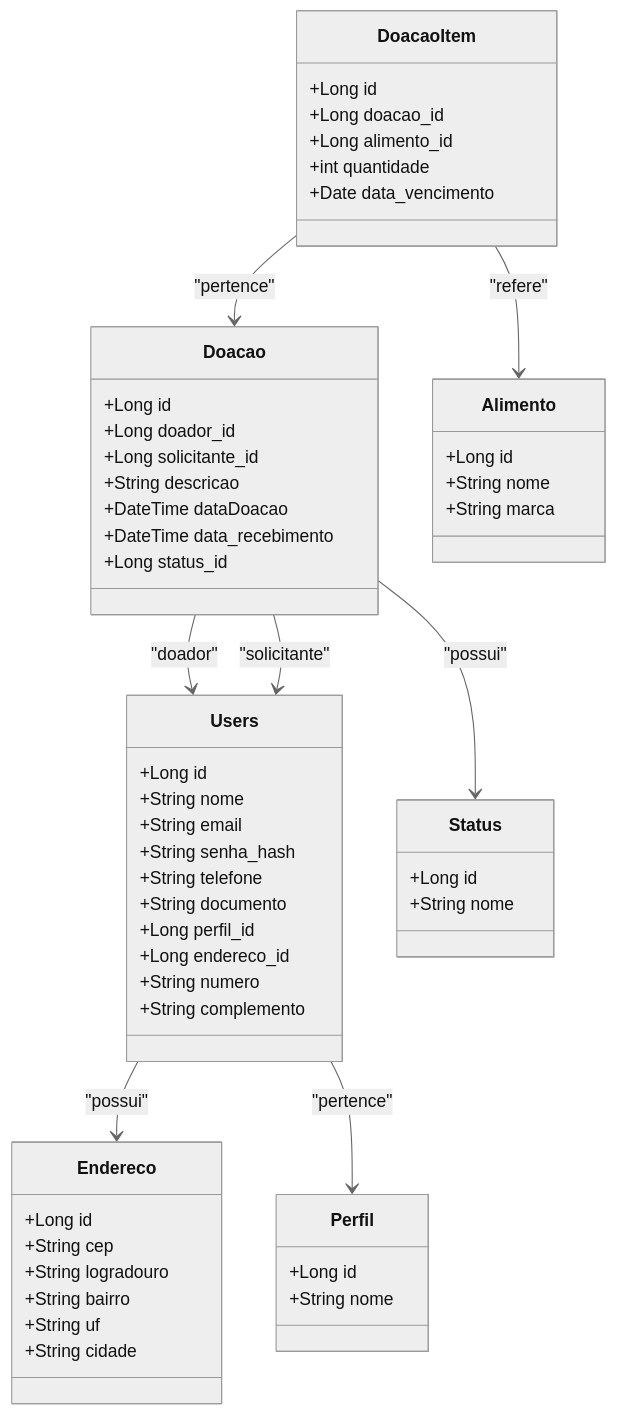
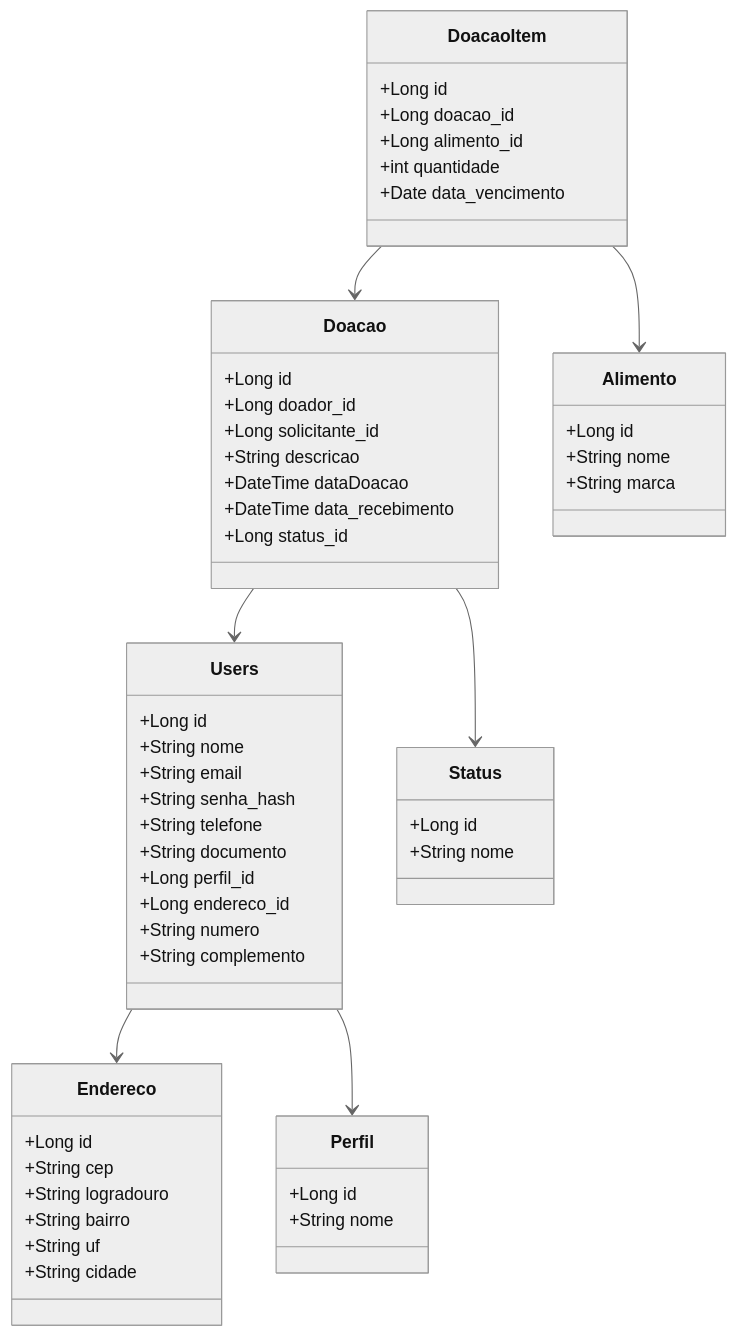
One commit to delmiraugusto/DoacaoAlimentos changed the diagram in README.md. Above: the diagram before and after it, drawn with Mermaid (neutral theme).

````diff
--- a/README.md
+++ b/README.md
@@ -25,67 +25,67 @@
 ```mermaid
 classDiagram
   class Endereco {
     +Long id
     +String cep
     +String logradouro
     +String bairro
     +String uf
     +String cidade
   }
 
   class Perfil {
     +Long id
     +String nome
   }
 
   class Users {
     +Long id
     +String nome
     +String email
     +String senha_hash
     +String telefone
     +String documento
     +Long perfil_id
     +Long endereco_id
     +String numero
     +String complemento
   }
 
   class Status {
     +Long id
     +String nome
   }
 
   class Doacao {
     +Long id
     +Long doador_id
     +Long solicitante_id
     +String descricao
     +DateTime dataDoacao
     +DateTime data_recebimento
     +Long status_id
   }
 
   class Alimento {
     +Long id
     +String nome
     +String marca
   }
 
   class DoacaoItem {
     +Long id
     +Long doacao_id
     +Long alimento_id
     +int quantidade
     +Date data_vencimento
   }
 
   %% Relações
-  Users --> Endereco : "possui"
-  Users --> Perfil : "pertence"
-  Doacao --> Users : "doador"
-  Doacao --> Users : "solicitante"
-  Doacao --> Status : "possui"
-  DoacaoItem --> Doacao : "pertence"
-  DoacaoItem --> Alimento : "refere"
+  Users --> Endereco
+  Users --> Perfil
+  Doacao --> Users
+  Doacao --> Status
+  DoacaoItem --> Doacao
+  DoacaoItem --> Alimento
+
 ```
````
